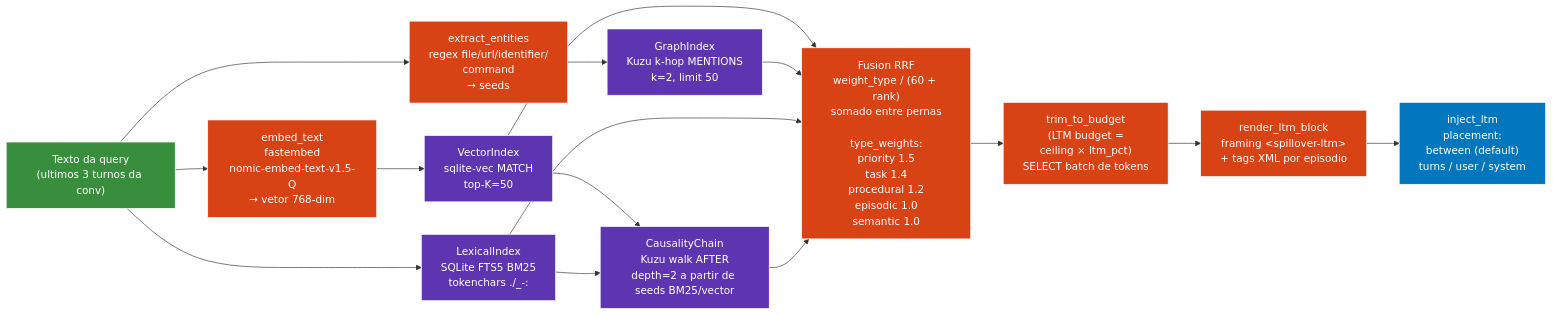
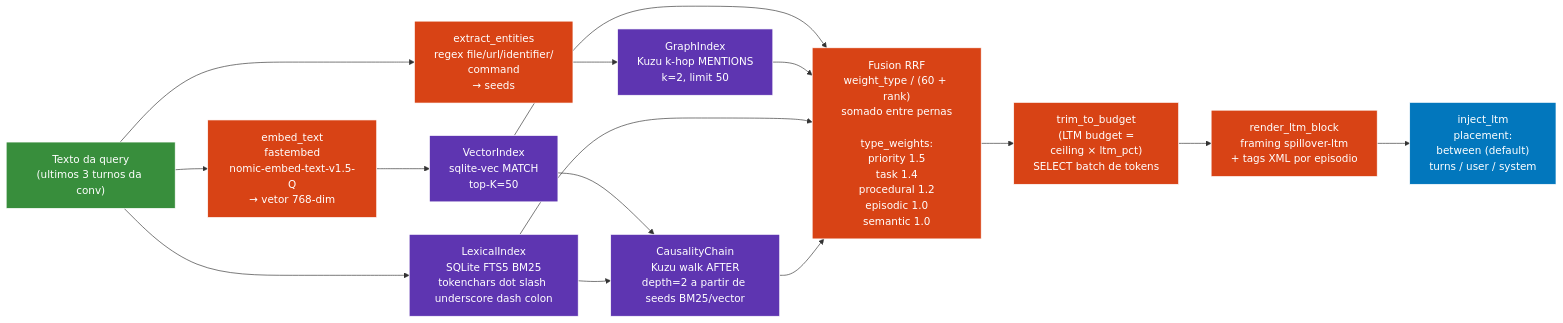
The diagram in docs/architecture/07-retrieval-fusion.md (Luizhcrs/spillover), drawn with Mermaid before and after one commit. The commit also changed 8 other files, not shown here.

Commit message:
docs(architecture): corrigir syntax errors do mermaid (remover <b>, &lt;/&gt;, colons em labels)

````diff
--- a/docs/architecture/07-retrieval-fusion.md
+++ b/docs/architecture/07-retrieval-fusion.md
@@ -5,39 +5,39 @@
 ```mermaid
 flowchart LR
     classDef in fill:#388e3c,stroke:#fff,color:#fff
     classDef leg fill:#5e35b1,stroke:#fff,color:#fff
     classDef proc fill:#d84315,stroke:#fff,color:#fff
     classDef out fill:#0277bd,stroke:#fff,color:#fff
 
     Q["Texto da query<br/>(ultimos 3 turnos da conv)"]:::in
 
     EMB["embed_text<br/>fastembed<br/>nomic-embed-text-v1.5-Q<br/>→ vetor 768-dim"]:::proc
     ENT["extract_entities<br/>regex file/url/identifier/<br/>command<br/>→ seeds"]:::proc
 
     V["VectorIndex<br/>sqlite-vec MATCH<br/>top-K=50"]:::leg
     G["GraphIndex<br/>Kuzu k-hop MENTIONS<br/>k=2, limit 50"]:::leg
-    B["LexicalIndex<br/>SQLite FTS5 BM25<br/>tokenchars ./_-:"]:::leg
+    B["LexicalIndex<br/>SQLite FTS5 BM25<br/>tokenchars dot slash underscore dash colon"]:::leg
     C["CausalityChain<br/>Kuzu walk AFTER<br/>depth=2 a partir de seeds BM25/vector"]:::leg
 
     R["Fusion RRF<br/>weight_type / (60 + rank)<br/>somado entre pernas<br/><br/>type_weights:<br/>priority 1.5<br/>task 1.4<br/>procedural 1.2<br/>episodic 1.0<br/>semantic 1.0"]:::proc
 
     TB["trim_to_budget<br/>(LTM budget =<br/>ceiling × ltm_pct)<br/>SELECT batch de tokens"]:::proc
-    RD["render_ltm_block<br/>framing &lt;spillover-ltm&gt;<br/>+ tags XML por episodio"]:::proc
+    RD["render_ltm_block<br/>framing spillover-ltm<br/>+ tags XML por episodio"]:::proc
 
     INJ["inject_ltm<br/>placement:<br/>between (default)<br/>turns / user / system"]:::out
 
     Q --> EMB
     Q --> ENT
     EMB --> V
     ENT --> G
     Q --> B
     V --> C
     B --> C
     V --> R
     G --> R
     B --> R
     C --> R
     R --> TB
     TB --> RD
     RD --> INJ
 ```
````
